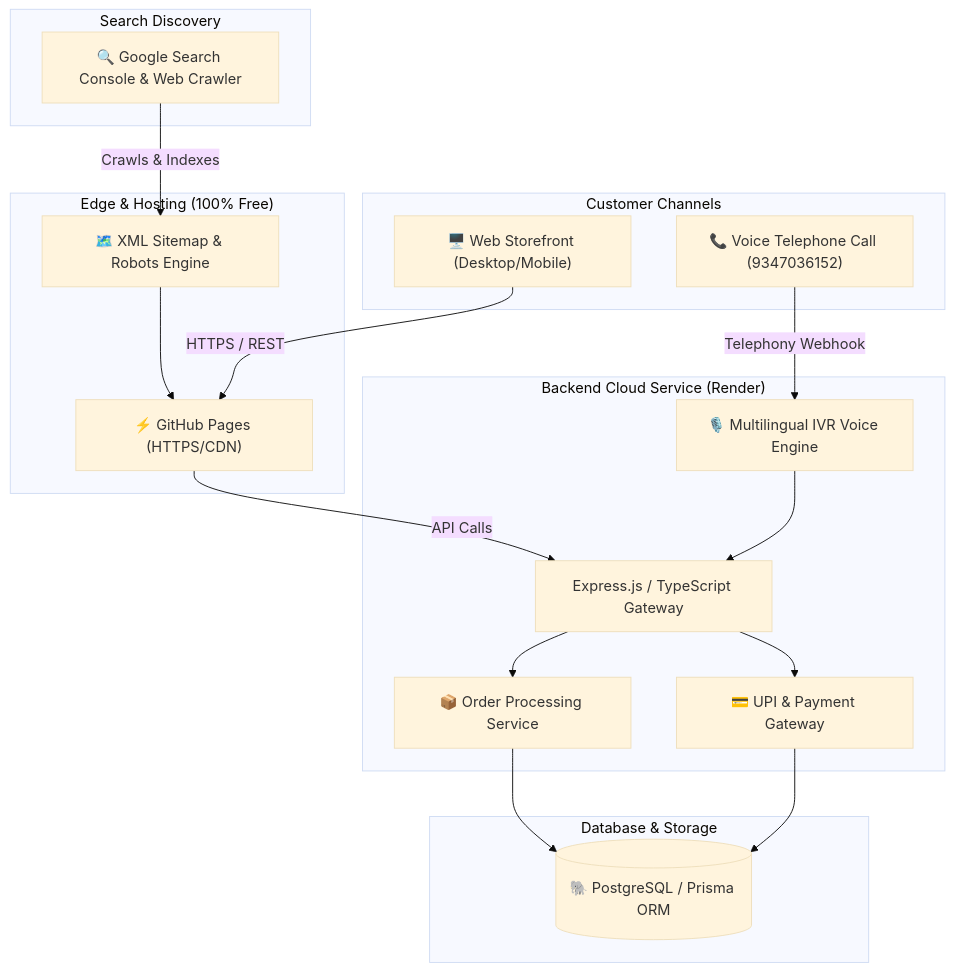
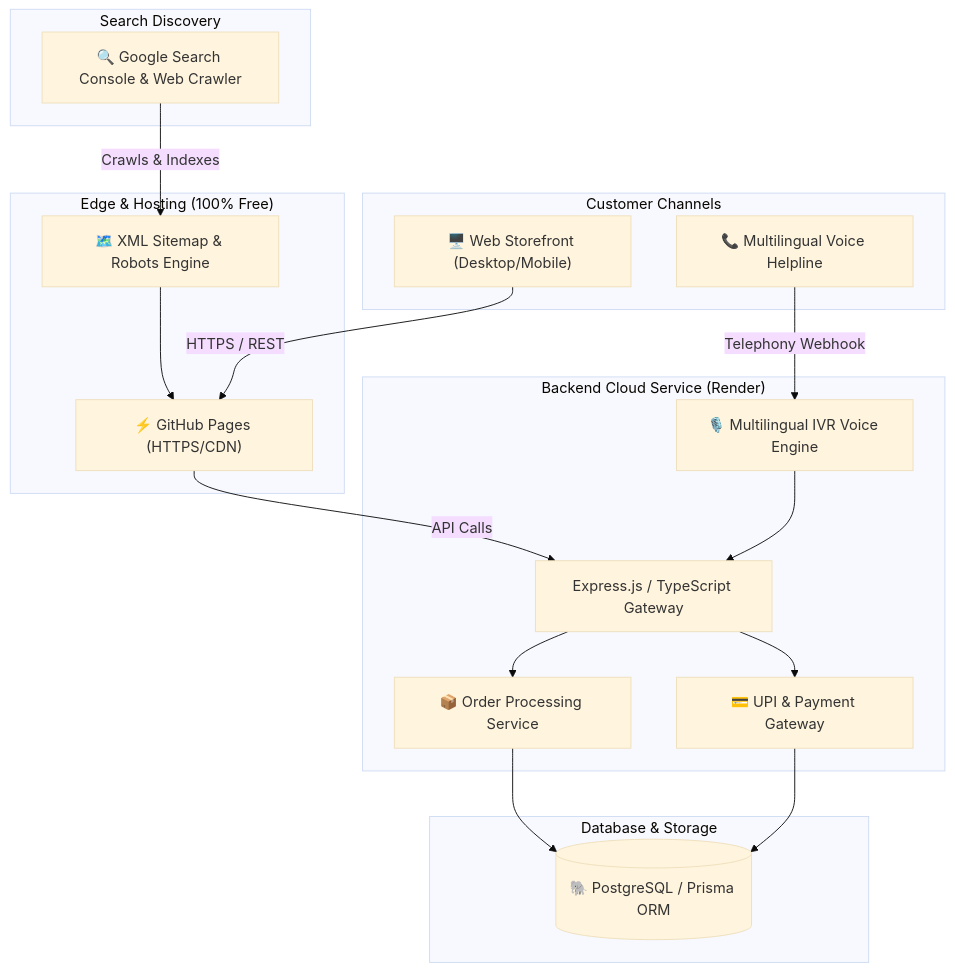
Before and after one commit to bandegangasai/annapurna-aahaar: the diagram in README.md, drawn with Mermaid (base theme). The commit also changed other lines of this file, not shown here.

````diff
--- a/README.md
+++ b/README.md
@@ -99,38 +97,38 @@
 ```mermaid
 flowchart TD
     subgraph Clients["Customer Channels"]
         WebClient["🖥️ Web Storefront (Desktop/Mobile)"]
-        VoiceClient["📞 Voice Telephone Call (9347036152)"]
+        VoiceClient["📞 Multilingual Voice Helpline"]
     end
 
     subgraph CDN["Edge & Hosting (100% Free)"]
         GHPages["⚡ GitHub Pages (HTTPS/CDN)"]
         SitemapEngine["🗺️ XML Sitemap & Robots Engine"]
     end
 
     subgraph BackendAPI["Backend Cloud Service (Render)"]
         APIGateway["Express.js / TypeScript Gateway"]
         IVRStateMachine["🎙️ Multilingual IVR Voice Engine"]
         OrderManager["📦 Order Processing Service"]
         PaymentVerifier["💳 UPI & Payment Gateway"]
     end
 
     subgraph DataStore["Database & Storage"]
         PostgresDB[("🐘 PostgreSQL / Prisma ORM")]
     end
 
     subgraph SearchEngines["Search Discovery"]
         GoogleBot["🔍 Google Search Console & Web Crawler"]
     end
 
     WebClient -->|HTTPS / REST| GHPages
     GHPages -->|API Calls| APIGateway
     VoiceClient -->|Telephony Webhook| IVRStateMachine
     IVRStateMachine --> APIGateway
     APIGateway --> OrderManager
     APIGateway --> PaymentVerifier
     OrderManager --> PostgresDB
     PaymentVerifier --> PostgresDB
     GoogleBot -->|Crawls & Indexes| SitemapEngine
     SitemapEngine --> GHPages
 ```
````
